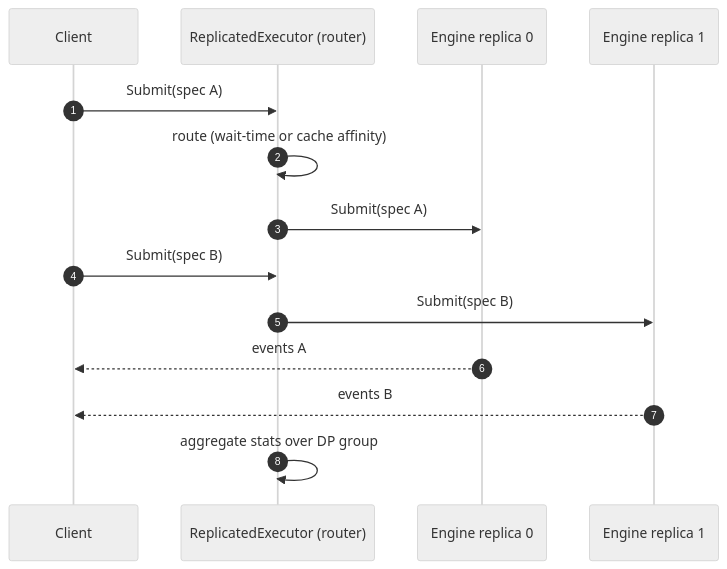
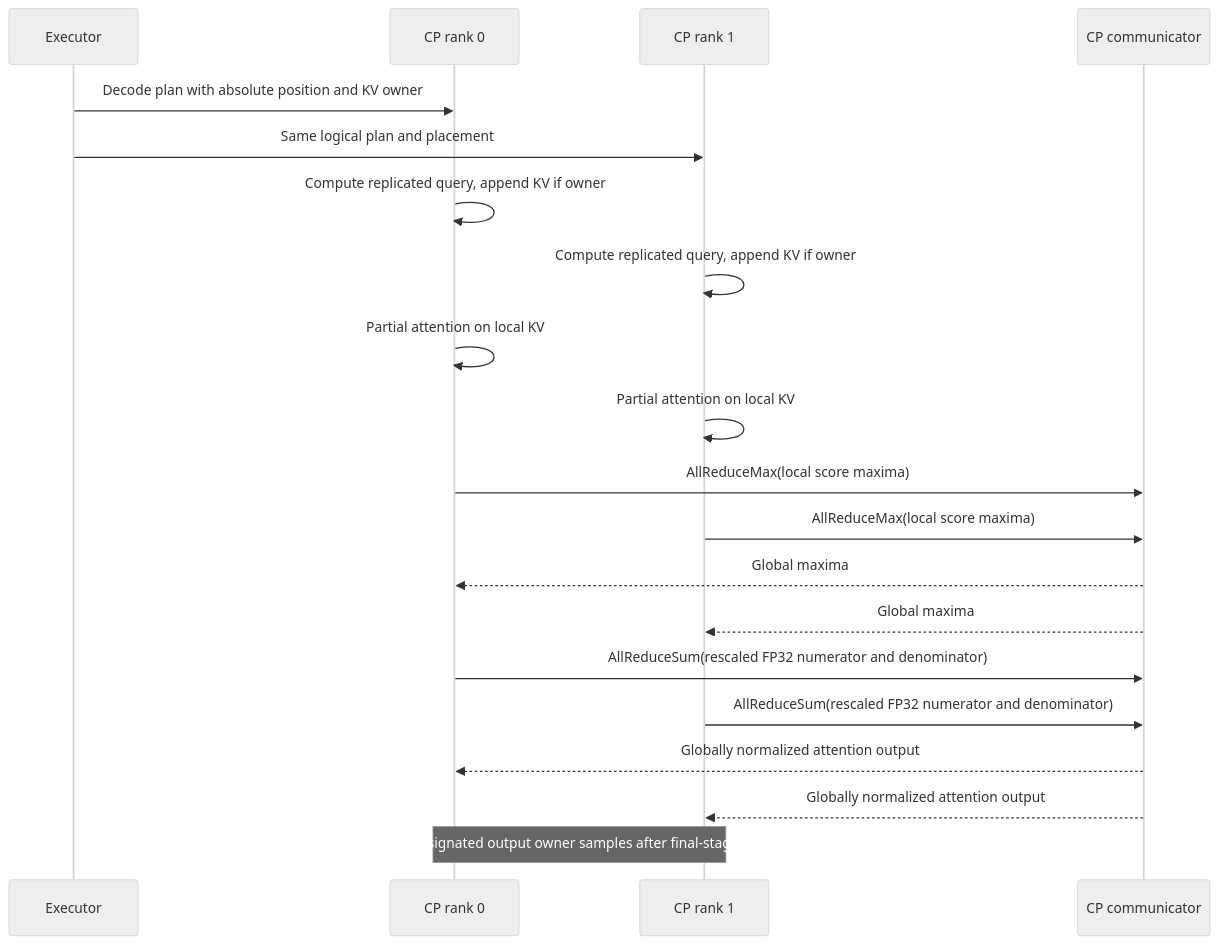
The seventh of 8 diagrams in docs/executor.md (divedb/InferX), drawn with Mermaid (neutral theme) before and after one commit. The commit also changed other lines of this file and 1761 other files, not shown here.

````diff
--- a/docs/executor.md
+++ b/docs/executor.md
@@ -955,17 +627,22 @@
 ```mermaid
 sequenceDiagram
-    autonumber
-    participant C as Client
-    participant RT as ReplicatedExecutor (router)
-    participant E0 as Engine replica 0
-    participant E1 as Engine replica 1
-
-    C->>RT: Submit(spec A)
-    RT->>RT: route (wait-time or cache affinity)
-    RT->>E0: Submit(spec A)
-    C->>RT: Submit(spec B)
-    RT->>E1: Submit(spec B)
-    E0-->>C: events A
-    E1-->>C: events B
-    RT->>RT: aggregate stats over DP group
+    participant E as Executor
+    participant A as CP rank 0
+    participant B as CP rank 1
+    participant C as CP communicator
+    E->>A: Decode plan with absolute position and KV owner
+    E->>B: Same logical plan and placement
+    A->>A: Compute replicated query, append KV if owner
+    B->>B: Compute replicated query, append KV if owner
+    A->>A: Partial attention on local KV
+    B->>B: Partial attention on local KV
+    A->>C: AllReduceMax(local score maxima)
+    B->>C: AllReduceMax(local score maxima)
+    C-->>A: Global maxima
+    C-->>B: Global maxima
+    A->>C: AllReduceSum(rescaled FP32 numerator and denominator)
+    B->>C: AllReduceSum(rescaled FP32 numerator and denominator)
+    C-->>A: Globally normalized attention output
+    C-->>B: Globally normalized attention output
+    Note over A,B: One designated output owner samples after final-stage logits
 ```
````
